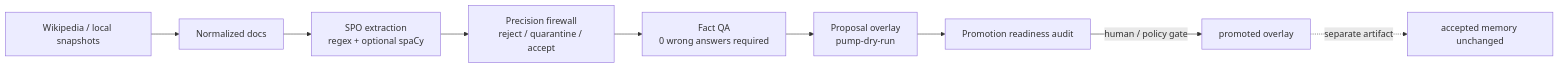
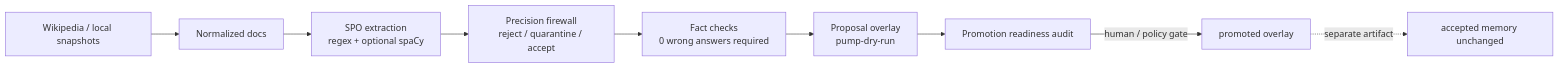
Before and after one commit to zowelqqee/microworld: the third of 5 diagrams in README.md, drawn with Mermaid. The commit also changed other lines of this file and 1 other file, not shown here.

````diff
--- a/README.md
+++ b/README.md
@@ -402,11 +419,11 @@
 ```mermaid
 flowchart LR
     W["Wikipedia / local snapshots"] --> N["Normalized docs"]
     N --> X["SPO extraction<br/>regex + optional spaCy"]
     X --> F["Precision firewall<br/>reject / quarantine / accept"]
-    F --> QA["Fact QA<br/>0 wrong answers required"]
-    QA --> O["Proposal overlay<br/>pump-dry-run"]
+    F --> FC["Fact checks<br/>0 wrong answers required"]
+    FC --> O["Proposal overlay<br/>pump-dry-run"]
     O --> PR["Promotion readiness audit"]
     PR -->|human / policy gate| PM["promoted overlay"]
     PM -. separate artifact .-> A["accepted memory unchanged"]
 ```
````
